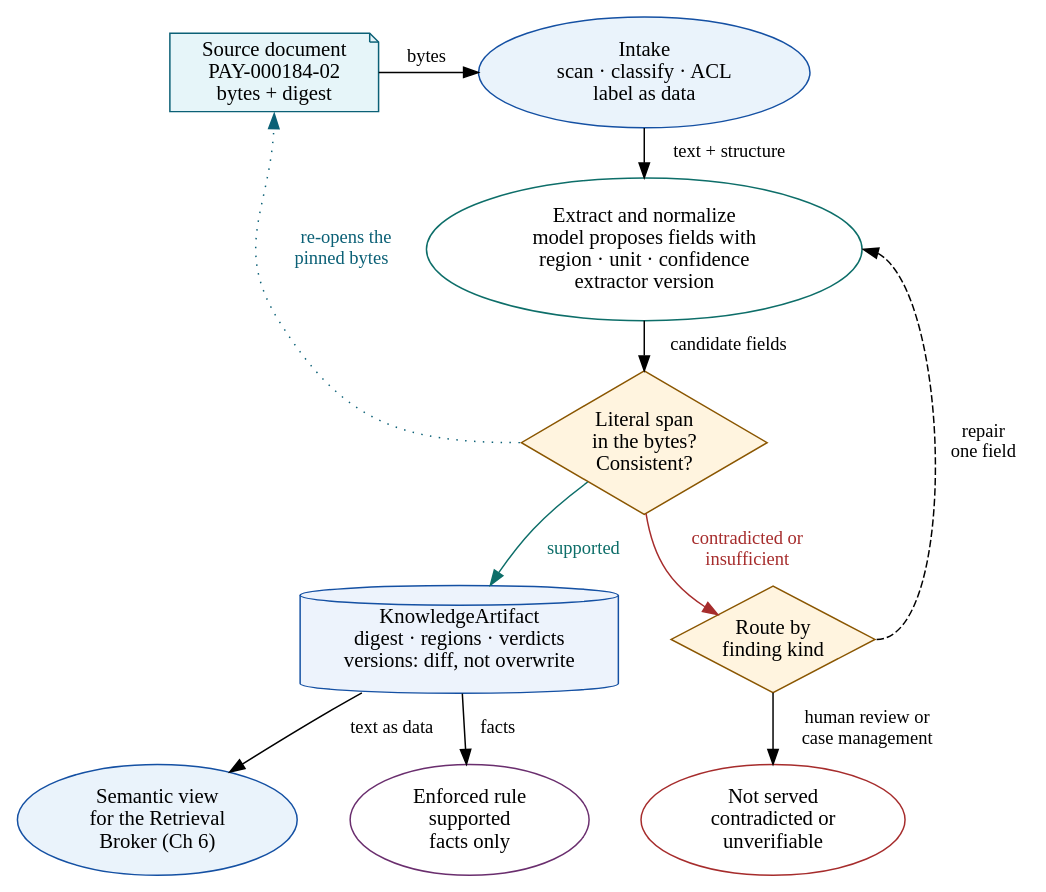
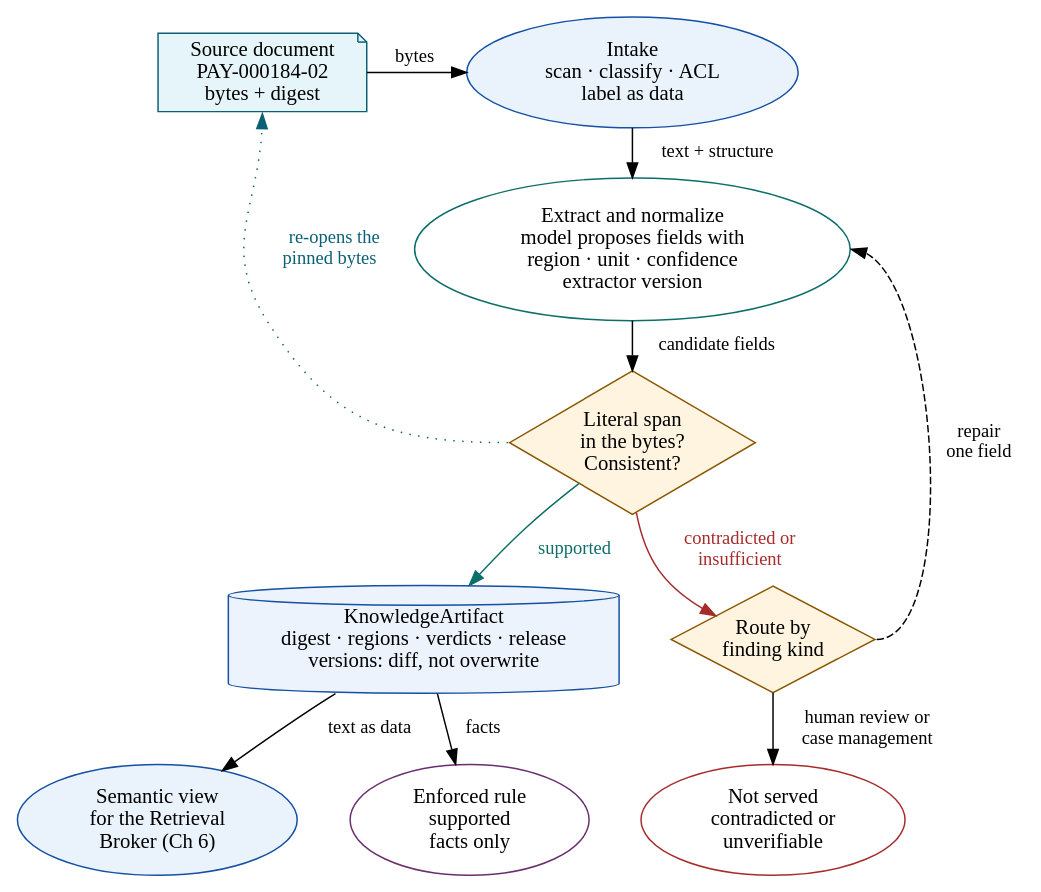
One commit to rrahimi-uci/building-enterprise-general-intelligence changed the diagram in assets/diagrams/src/document-ingestion.gv. Above: the diagram before and after it, drawn with Graphviz. The commit also changed 45 other files, not shown here.

First line of the commit message:
Treat compliance knowledge as a governed release in Chapter 5 (compliance-knowledge step 2)

```diff
--- a/assets/diagrams/src/document-ingestion.gv
+++ b/assets/diagrams/src/document-ingestion.gv
@@ -1,49 +1,49 @@
 // Figure 5-3 — Document ingestion: intake, extract, verify against the bytes,
 // route, record, serve.
 // Message: a document's text and fields are projections of pinned bytes;
 // verification re-opens the bytes instead of trusting the extraction; and only
 // supported facts reach the enforced rule. The gate reuses Figure 5-2's shape so
 // the reader sees one discipline in two lanes.
 digraph document_ingestion {
   rankdir = TB
   graph [ranksep=0.26, nodesep=0.25]
   edge [fontsize=12.5]
 
   doc [label="Source document\nPAY-000184-02\nbytes + digest",
        shape=note, style=filled, fillcolor="#E6F5F9", color="#0B6076"]
   intake [label="Intake\nscan · classify · ACL\nlabel as data",
           fillcolor="#EAF3FB", color="#1450A3", style=filled]
   extract [label="Extract and normalize\nmodel proposes fields with\nregion · unit · confidence\nextractor version",
            fillcolor="#E7F5F3", color="#0D6E69"]
   verify [label="Literal span\nin the bytes?\nConsistent?",
           shape=diamond, style=filled, fillcolor="#FFF4DF", color="#8A5600",
           height=1.35, width=2.3, margin="0.02,0.02"]
-  record [label="KnowledgeArtifact\ndigest · regions · verdicts\nversions: diff, not overwrite",
+  record [label="KnowledgeArtifact\ndigest · regions · verdicts · release\nversions: diff, not overwrite",
           shape=cylinder, style=filled, fillcolor="#EDF3FC", color="#1450A3"]
   route [label="Route by\nfinding kind",
          shape=diamond, style=filled, fillcolor="#FFF4DF", color="#8A5600",
          height=1.0, width=1.9, margin="0.02,0.02"]
   semantic [label="Semantic view\nfor the Retrieval\nBroker (Ch 6)",
             fillcolor="#EAF3FB", color="#1450A3", style=filled]
   rule [label="Enforced rule\nsupported\nfacts only",
         fillcolor="#F7ECF8", color="#6A2E6E"]
   reject [label="Not served\ncontradicted or\nunverifiable", fillcolor="#FCECEC", color="#A62C2C"]
 
   doc -> intake [label="  bytes  "]
   intake -> extract [label="  text + structure  "]
   extract -> verify [label="  candidate fields  "]
   verify:w -> doc:s [style=dotted, color="#0B6076", fontcolor="#0B6076",
                  label="re-opens the\npinned bytes  ", constraint=false]
   verify -> record [label="supported  ", color="#0D6E69", fontcolor="#0D6E69"]
   verify -> route [label="  contradicted or\n  insufficient", color="#A62C2C", fontcolor="#A62C2C"]
   route:e -> extract:e [style=dashed, label="  repair\n  one field", constraint=false]
   route -> reject [label="  human review or\n  case management"]
   record -> semantic [label="text as data  "]
   record -> rule [label="  facts"]
 
   { rank=same; doc; intake }
   { rank=same; record; route }
   record -> route [style=invis]
   { rank=same; semantic; rule; reject }
   semantic -> rule -> reject [style=invis]
 }
```
